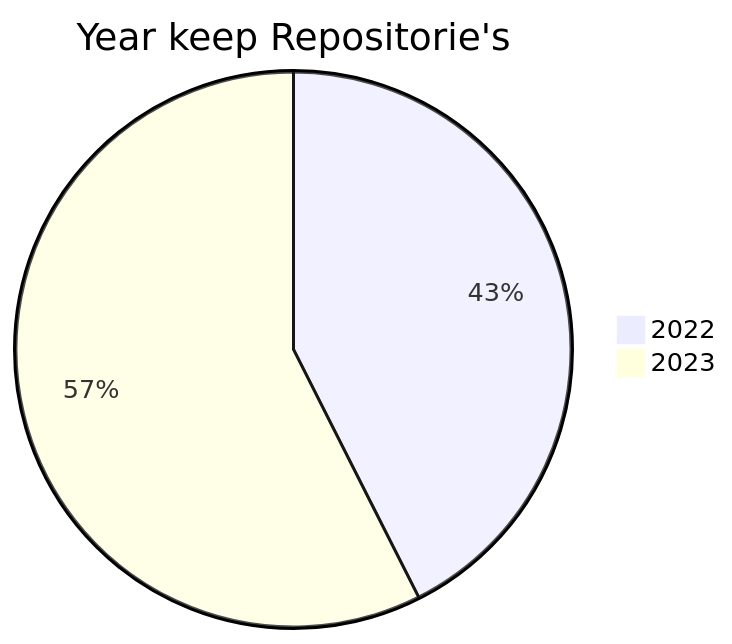
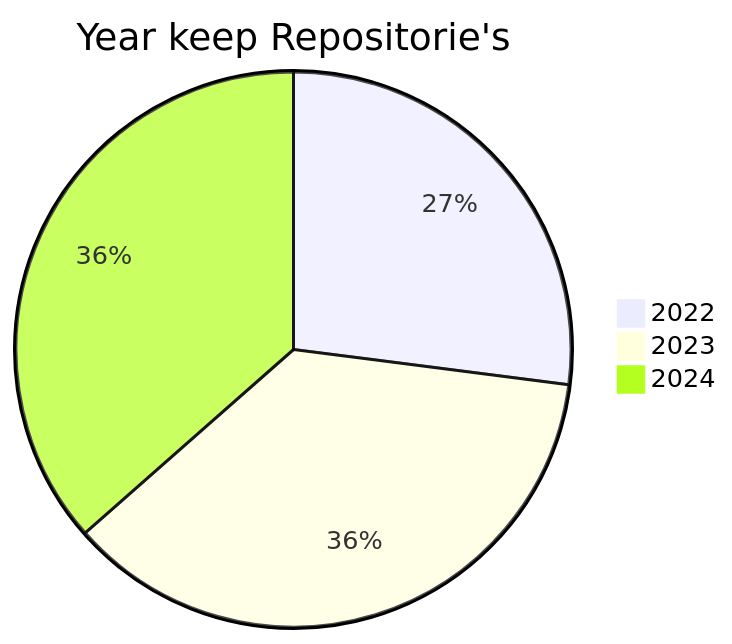
The second of 2 diagrams in README.md (BackdevHong/YOC), drawn with Mermaid before and after one commit. The commit also changed other lines of this file, not shown here.

````diff
--- a/README.md
+++ b/README.md
@@ -13,5 +15,6 @@
 ```mermaid
 pie title Year keep Repositorie's
     "2022" : 20
     "2023" : 27
+    "2024" : 27
 ```
````
